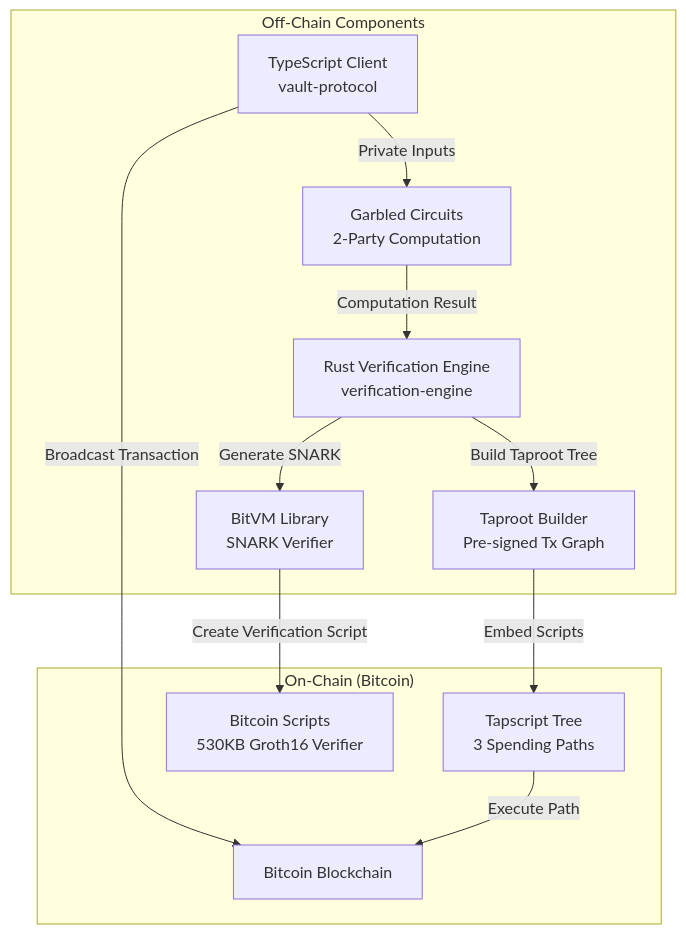
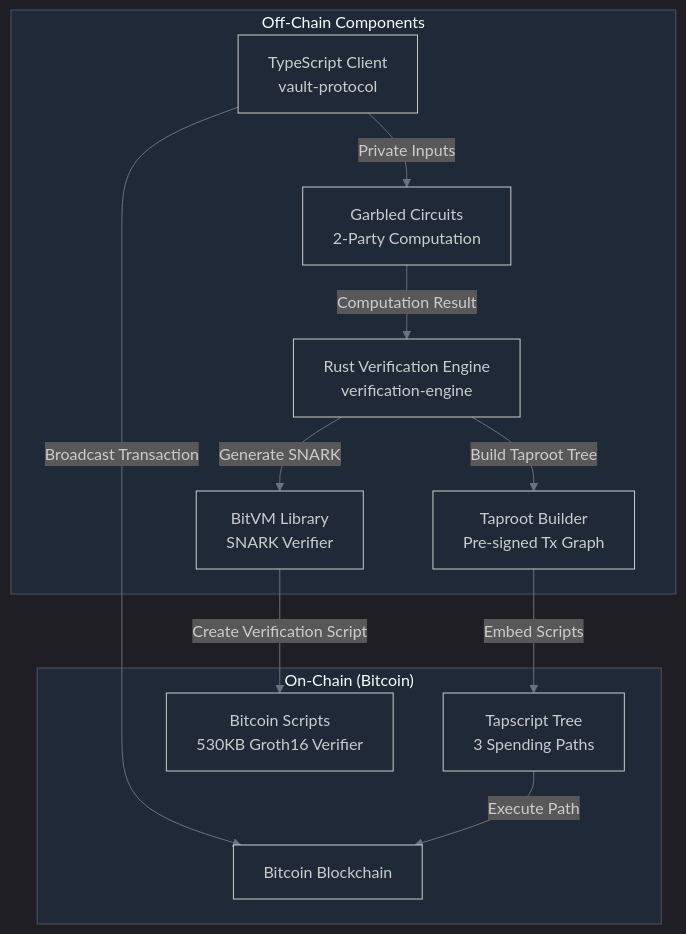
One commit to finiteloopme/dcentral-labs changed the first of 2 diagrams in bitvm/example/README.md. Above: the diagram before and after it, drawn with Mermaid. The commit also changed other lines of this file and 7 other files, not shown here.

````diff
--- a/bitvm/example/README.md
+++ b/bitvm/example/README.md
@@ -32,25 +24,26 @@
 ```mermaid
+%%{init: {'theme':'dark', 'themeVariables': { 'primaryColor':'#1f2937', 'primaryTextColor':'#f3f4f6', 'primaryBorderColor':'#4b5563', 'lineColor':'#6b7280', 'secondaryColor':'#374151', 'tertiaryColor':'#1f2937', 'background':'#111827', 'mainBkg':'#1f2937', 'secondBkg':'#374151', 'tertiaryBkg':'#111827', 'clusterBkg':'#1f2937', 'clusterBorder':'#4b5563', 'fontFamily':'monospace'}}}%%
 graph TB
     subgraph "Off-Chain Components"
         Client[TypeScript Client<br/>vault-protocol]
         Server[Rust Verification Engine<br/>verification-engine]
         GC[Garbled Circuits<br/>2-Party Computation]
         BitVM[BitVM Library<br/>SNARK Verifier]
         Taproot[Taproot Builder<br/>Pre-signed Tx Graph]
     end
     
     subgraph "On-Chain (Bitcoin)"
         TapScript[Tapscript Tree<br/>3 Spending Paths]
         Scripts[Bitcoin Scripts<br/>530KB Groth16 Verifier]
         Blockchain[Bitcoin Blockchain]
     end
     
     Client -->|Private Inputs| GC
     GC -->|Computation Result| Server
     Server -->|Generate SNARK| BitVM
     Server -->|Build Taproot Tree| Taproot
     BitVM -->|Create Verification Script| Scripts
     Taproot -->|Embed Scripts| TapScript
     Client -->|Broadcast Transaction| Blockchain
     TapScript -->|Execute Path| Blockchain
 ```
````
